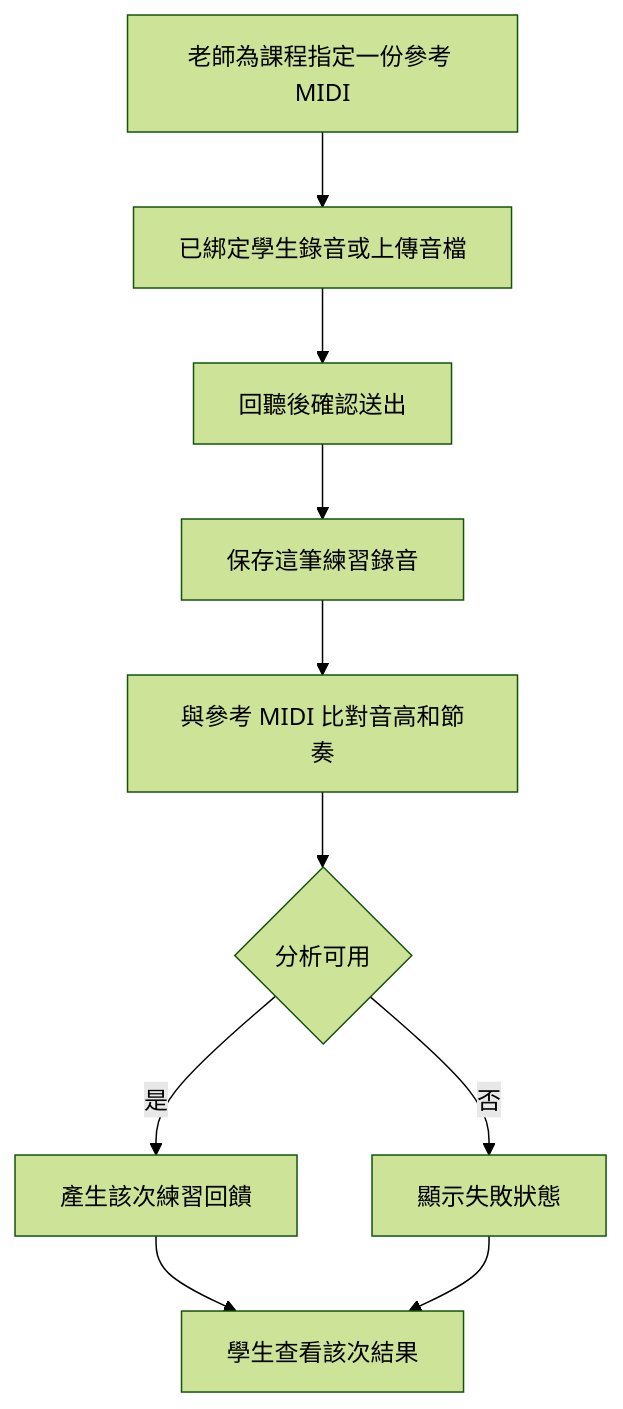
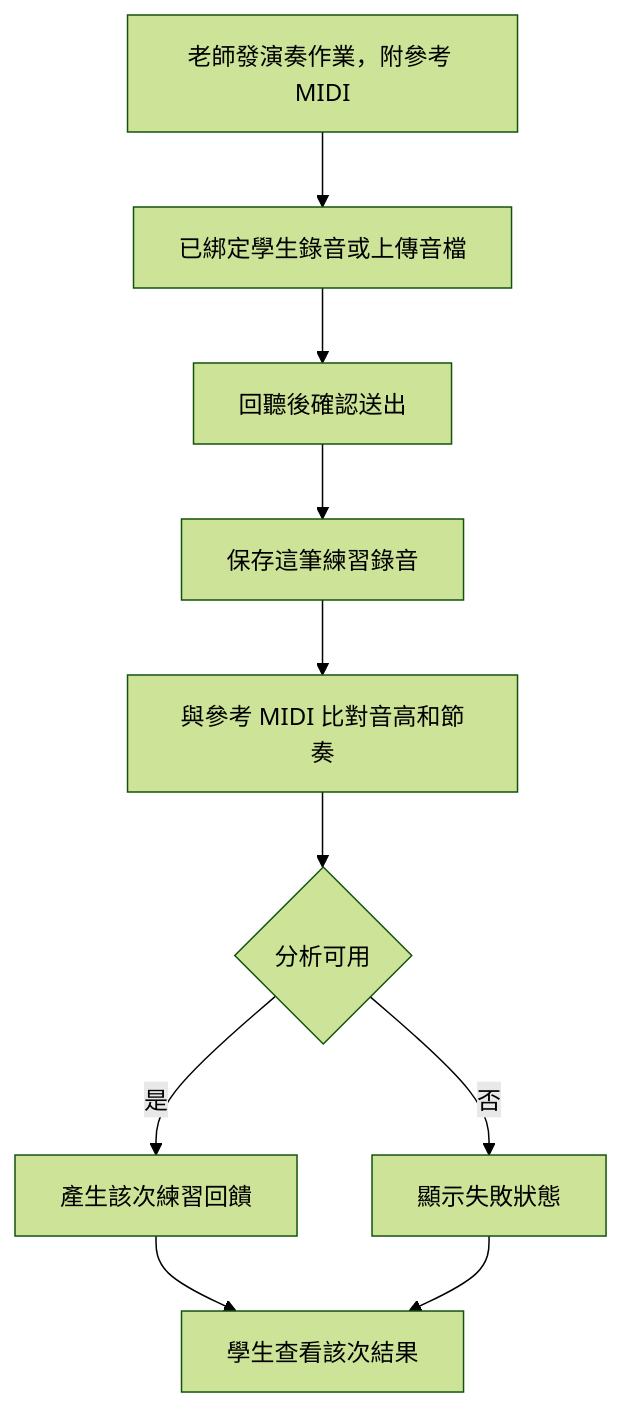
The diagram in docs/User_Flow.md (AnChen1026/AIPE04_group3), drawn with Mermaid (forest theme) before and after one commit. The commit also changed other lines of this file and 40 other files, not shown here.

````diff
--- a/docs/User_Flow.md
+++ b/docs/User_Flow.md
@@ -44,12 +48,12 @@
 ```mermaid
 flowchart TD
-    A[老師為課程指定一份參考 MIDI] --> B[已綁定學生錄音或上傳音檔]
+    A[老師發演奏作業，附參考 MIDI] --> B[已綁定學生錄音或上傳音檔]
     B --> C[回聽後確認送出]
     C --> D[保存這筆練習錄音]
     D --> E[與參考 MIDI 比對音高和節奏]
     E --> F{分析可用}
     F -->|是| G[產生該次練習回饋]
     F -->|否| H[顯示失敗狀態]
     G --> I[學生查看該次結果]
     H --> I
 ```
````
